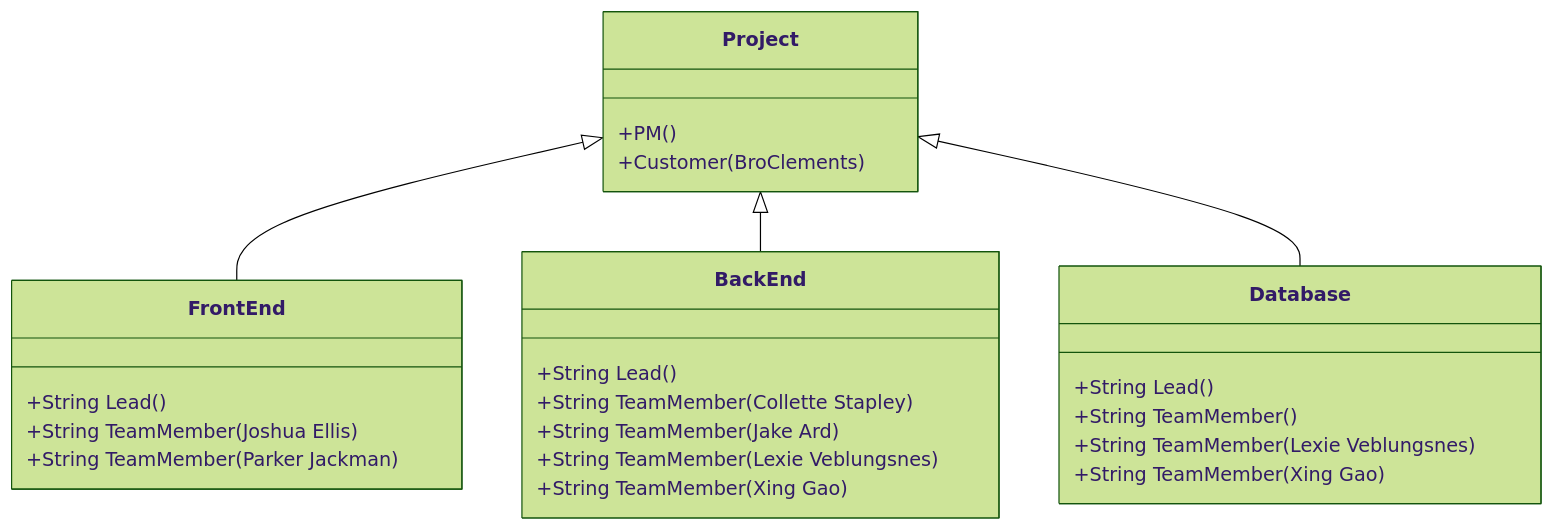
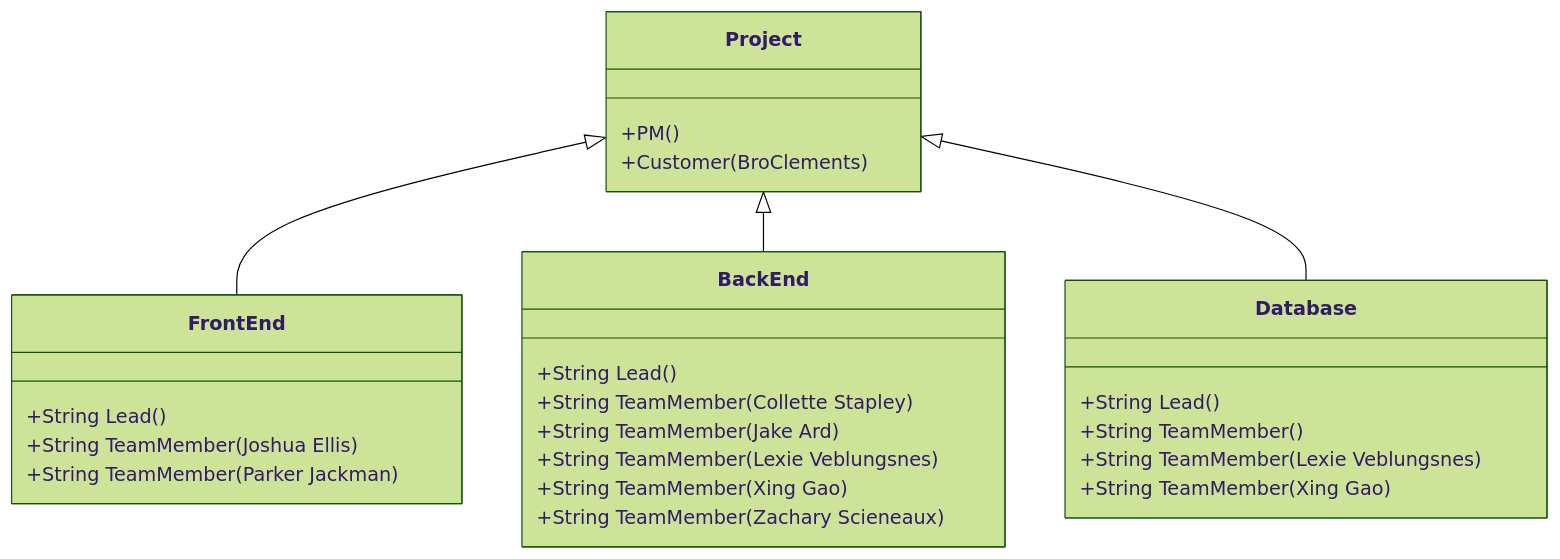
Before and after one commit to anrj2/2024SprCSE397PCP: the second of 2 diagrams in project/org/OrganizationChart.md, drawn with Mermaid (forest theme).

````diff
--- a/project/org/OrganizationChart.md
+++ b/project/org/OrganizationChart.md
@@ -28,28 +28,28 @@
 ```mermaid
 classDiagram
       Project <|-- FrontEnd
       Project <|-- BackEnd
       Project <|-- Database
       Project : +PM()
       Project : +Customer(BroClements)
       class FrontEnd{
           +String Lead()
           +String TeamMember(Joshua Ellis)
           +String TeamMember(Parker Jackman)
       }
       class BackEnd{
           +String Lead()
           +String TeamMember(Collette Stapley)
           +String TeamMember(Jake Ard)
           +String TeamMember(Lexie Veblungsnes)
           +String TeamMember(Xing Gao)
-
+          +String TeamMember(Zachary Scieneaux)
       }
       class Database{
           +String Lead()
           +String TeamMember()
           +String TeamMember(Lexie Veblungsnes)
           +String TeamMember(Xing Gao)
       
       }
 ```
````
